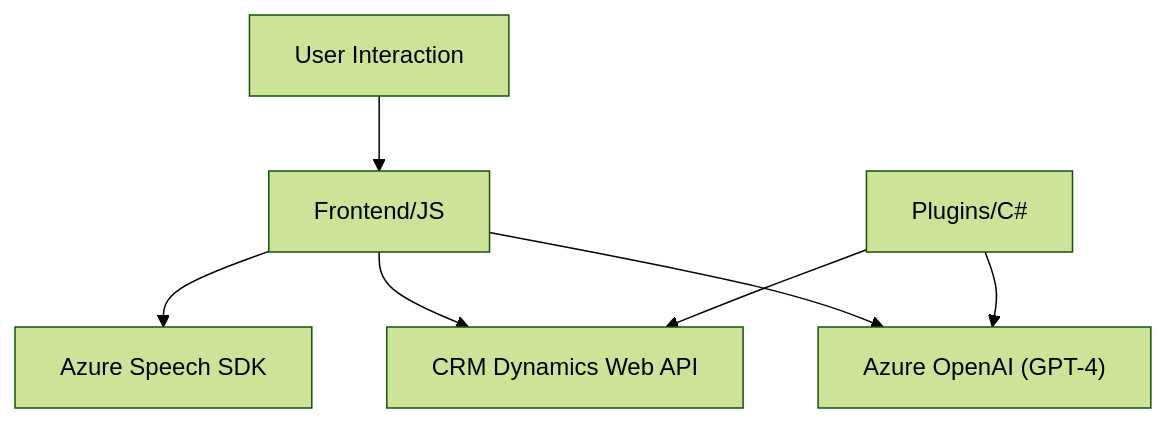
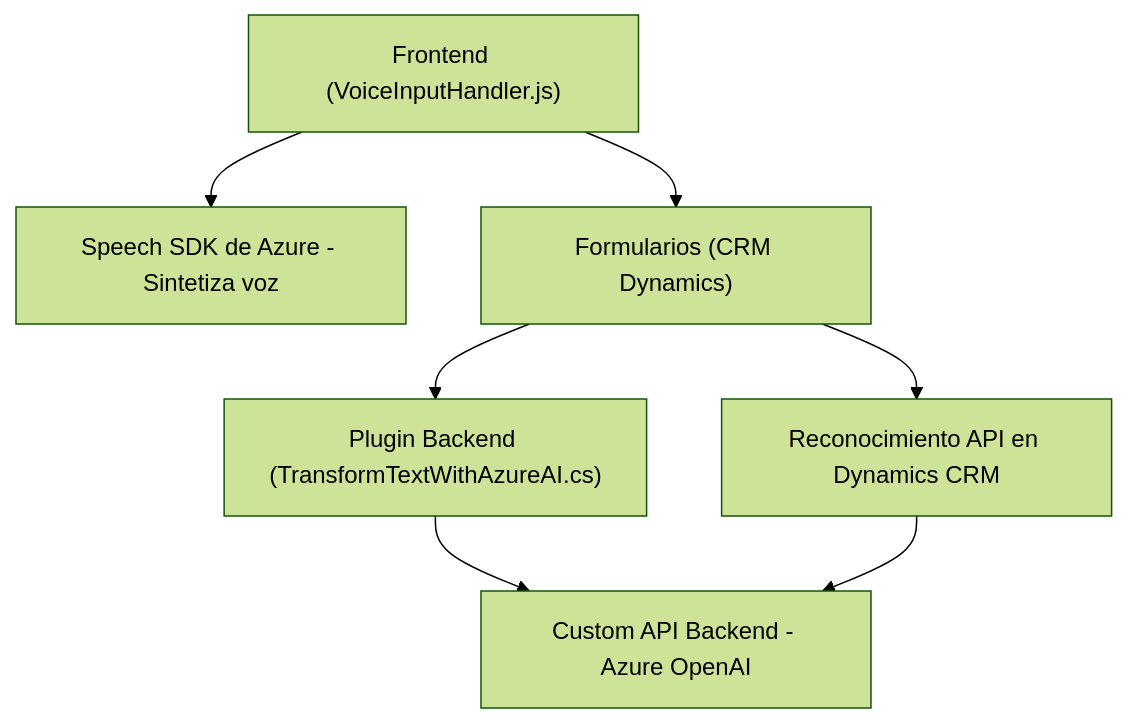
One commit to blopezdm/NETCORE_BILBAO2025 changed the diagram in README.md. Above: the diagram before and after it, drawn with Mermaid (forest theme). The commit also changed other lines of this file, not shown here.

````diff
--- a/README.md
+++ b/README.md
@@ -45,16 +40,16 @@
 ```mermaid
 graph TD
-    A["Frontend/JS"]
-    B["Plugins/C#"]
-    C["Azure Speech SDK"]
-    D["Azure OpenAI (GPT-4)"]
-    E["CRM Dynamics Web API"]
-    F["User Interaction"]
+    A["Frontend (VoiceInputHandler.js)"]
+    B["Speech SDK de Azure - Sintetiza voz"]
+    C["Reconocimiento API en Dynamics CRM"]
+    D["Custom API Backend - Azure OpenAI"]
+    E["Plugin Backend (TransformTextWithAzureAI.cs)"]
+    G["Formularios (CRM Dynamics)"]
 
-    F --> A
-    A --> C
-    A --> E
-    A --> D
-    B --> E
-    B --> D
+    A --> B
+    A --> G
+    G --> E
+    E --> D
+    G --> C
+    C --> D
 ```
````
